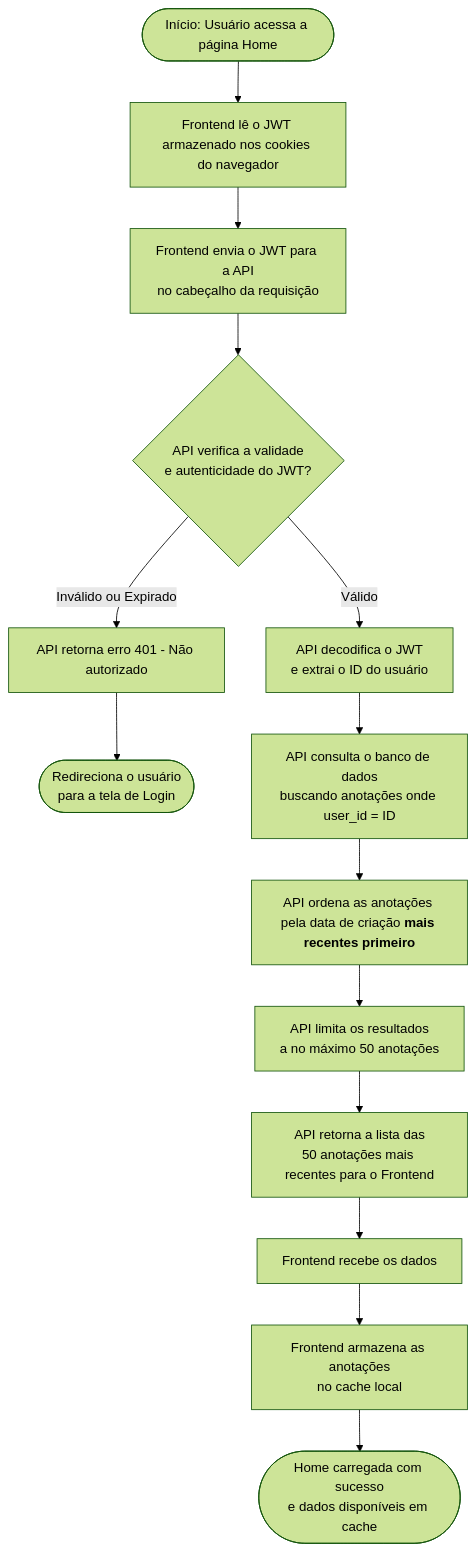
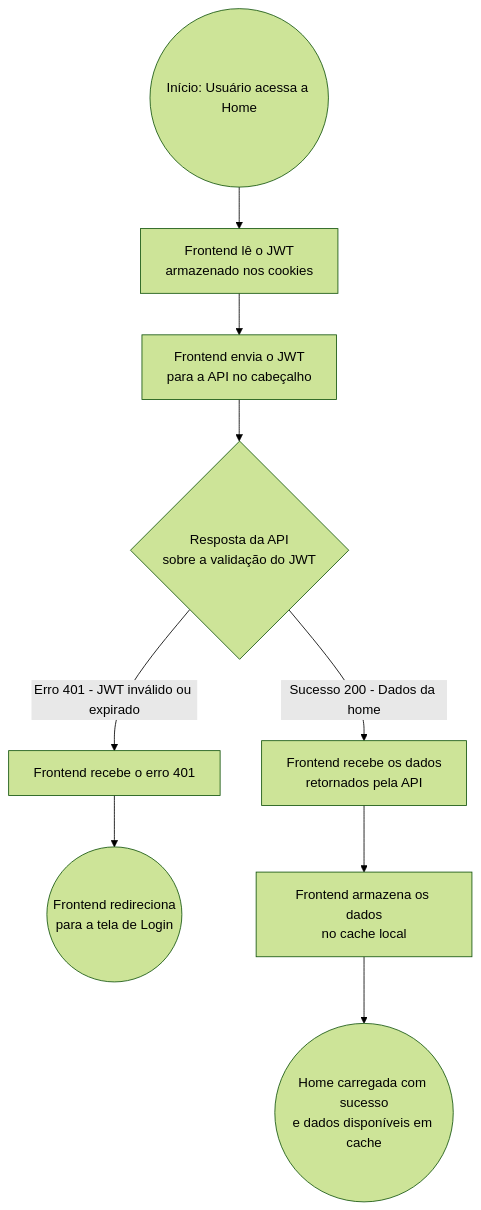
Before and after one commit to AsaphMoraes/AnotaAqui: the third of 14 diagrams in CONTEXT.md, drawn with Mermaid (forest theme). The commit also changed other lines of this file, not shown here.

````diff
--- a/CONTEXT.md
+++ b/CONTEXT.md
@@ -92,18 +106,13 @@
 ```mermaid
     flowchart TB
-    A([Início: Usuário acessa a página Home]) --> B[Frontend lê o JWT armazenado nos cookies do navegador]
-    B --> C[Frontend envia o JWT para a API<br>no cabeçalho da requisição]
-    C --> D{API verifica a validade<br>e autenticidade do JWT?}
-    
-    D -->|Inválido ou Expirado| E[API retorna erro 401 - Não autorizado]
-    E --> F([Redireciona o usuário<br>para a tela de Login])
-    
-    D -->|Válido| G[API decodifica o JWT<br>e extrai o ID do usuário]
-    G --> H[API consulta o banco de dados<br>buscando anotações onde user_id = ID]
-    H --> I[API ordena as anotações pela data de criação <strong>mais recentes primeiro</strong>]
-    I --> J[API limita os resultados<br>a no máximo 50 anotações]
-    J --> K[API retorna a lista das<br>50 anotações mais recentes para o Frontend]
-    K --> L[Frontend recebe os dados]
-    L --> M[Frontend armazena as anotações<br>no cache local]
-    M --> N([Home carregada com sucesso<br>e dados disponíveis em cache])
+    A((Início: Usuário acessa a Home)) --> B[Frontend lê o JWT<br>armazenado nos cookies]
+    B --> C[Frontend envia o JWT<br>para a API no cabeçalho]
+    C --> D{Resposta da API<br>sobre a validação do JWT}
+
+    D -->|Erro 401 - JWT inválido ou expirado| E[Frontend recebe o erro 401]
+    E --> F((Frontend redireciona<br>para a tela de Login))
+
+    D -->|Sucesso 200 - Dados da home| G[Frontend recebe os dados<br>retornados pela API]
+    G --> H[Frontend armazena os dados<br>no cache local]
+    H --> I((Home carregada com sucesso<br>e dados disponíveis em cache))
 ```
````
